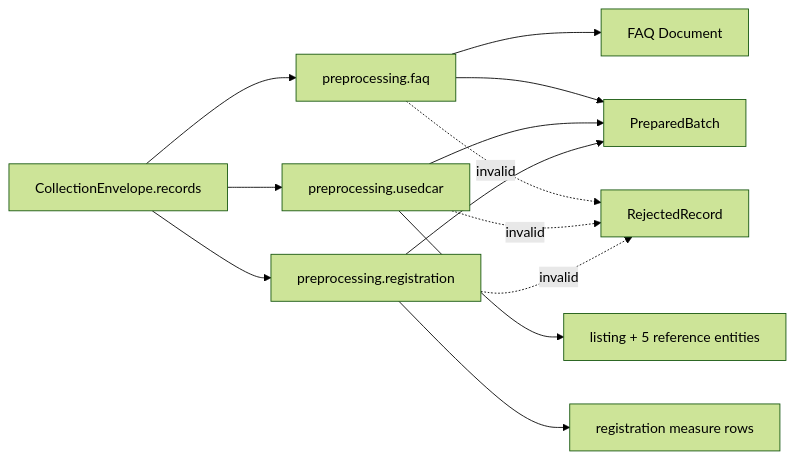
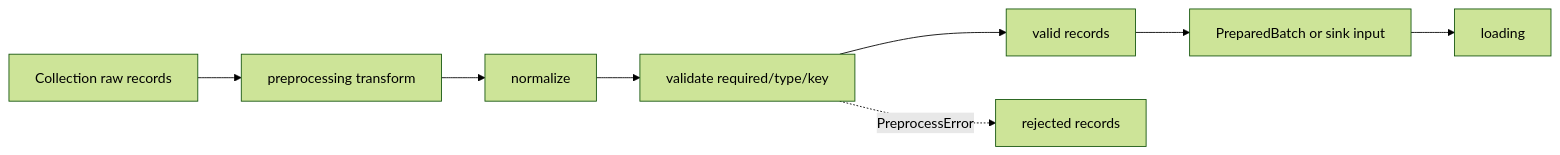
Before and after one commit to encore-ai-campus/mlo-01-p1-team3: the first of 2 diagrams in src/preprocessing/README.md, drawn with Mermaid (forest theme). The commit also changed other lines of this file and 3 other files, not shown here.

````diff
--- a/src/preprocessing/README.md
+++ b/src/preprocessing/README.md
@@ -18,15 +30,10 @@
 ```mermaid
 flowchart LR
-    Raw["CollectionEnvelope.records"] --> FAQ["preprocessing.faq"]
-    Raw --> UsedCar["preprocessing.usedcar"]
-    Raw --> Registration["preprocessing.registration"]
-    FAQ --> FaqDoc["FAQ Document"]
-    UsedCar --> VehicleAggregate["listing + 5 reference entities"]
-    Registration --> ReportRows["registration measure rows"]
-    FAQ --> Valid["PreparedBatch"]
-    UsedCar --> Valid
-    Registration --> Valid
-    FAQ -. "invalid" .-> Reject["RejectedRecord"]
-    UsedCar -. "invalid" .-> Reject
-    Registration -. "invalid" .-> Reject
+    Raw["Collection raw records"] --> Transform["preprocessing transform"]
+    Transform --> Normalize["normalize"]
+    Normalize --> Validate["validate required/type/key"]
+    Validate --> Valid["valid records"]
+    Validate -. "PreprocessError" .-> Rejected["rejected records"]
+    Valid --> Prepared["PreparedBatch or sink input"]
+    Prepared --> Loading["loading"]
 ```
````
